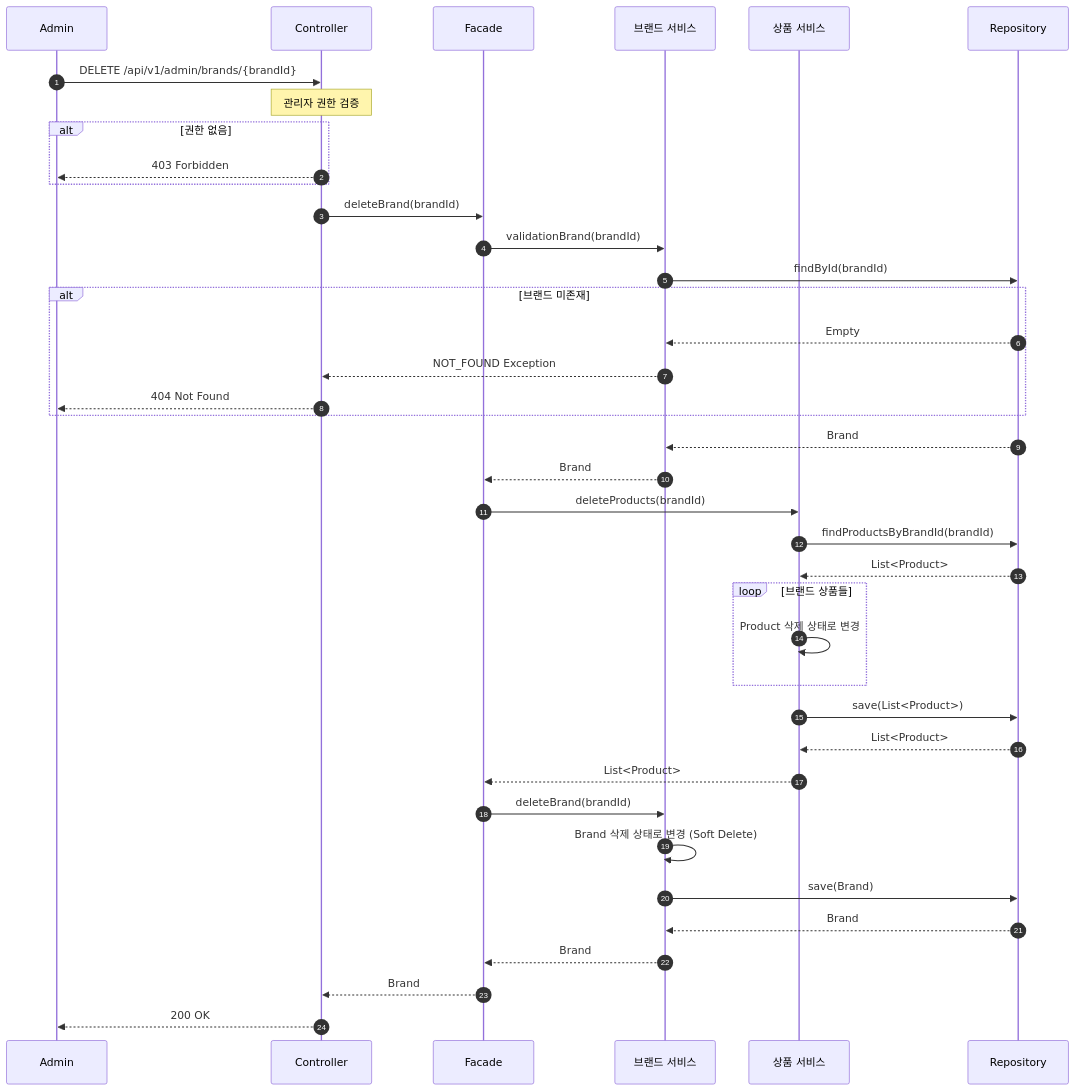
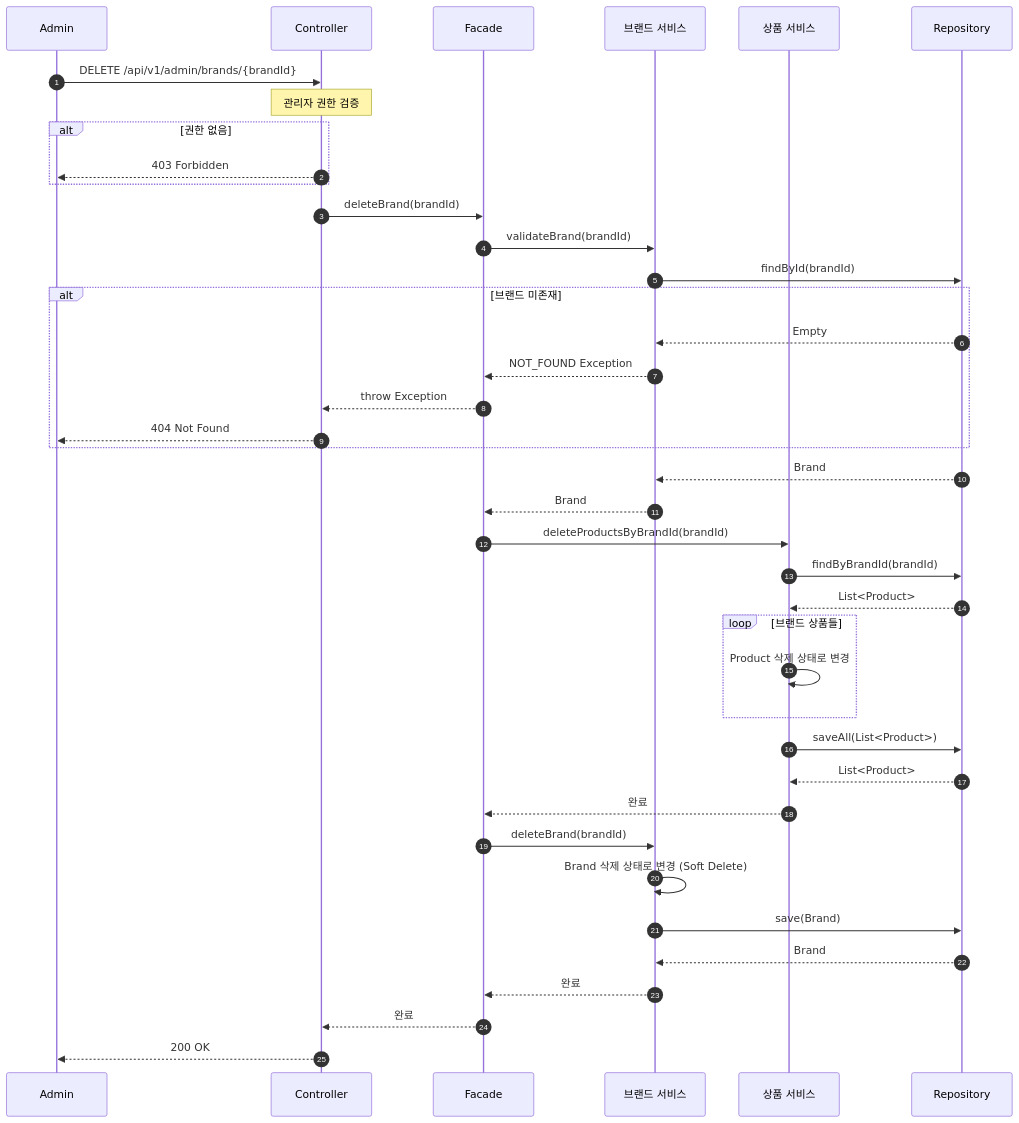
The eighth of 16 diagrams in docs/design/02-sequence-diagram.md (letter333/loop-pack-be-l2-vol3-java), drawn with Mermaid before and after one commit. The commit also changed other lines of this file and 3 other files, not shown here.

````diff
--- a/docs/design/02-sequence-diagram.md
+++ b/docs/design/02-sequence-diagram.md
@@ -268,50 +258,51 @@
 ```mermaid
 sequenceDiagram
     autonumber
     participant Admin
     participant Controller
     participant Facade
     participant BrandService as 브랜드 서비스
     participant ProductService as 상품 서비스
     participant Repository
 
     Admin->>Controller: DELETE /api/v1/admin/brands/{brandId}
     Note over Controller: 관리자 권한 검증
 
     alt 권한 없음
         Controller-->>Admin: 403 Forbidden
     end
 
     Controller->>Facade: deleteBrand(brandId)
-    Facade->>BrandService: validationBrand(brandId)
+    Facade->>BrandService: validateBrand(brandId)
     BrandService->>Repository: findById(brandId)
 
     alt 브랜드 미존재
         Repository-->>BrandService: Empty
-        BrandService-->>Controller: NOT_FOUND Exception
+        BrandService-->>Facade: NOT_FOUND Exception
+        Facade-->>Controller: throw Exception
         Controller-->>Admin: 404 Not Found
     end
 
     Repository-->>BrandService: Brand
     BrandService-->>Facade: Brand
 
-    Facade->>ProductService: deleteProducts(brandId)
-    ProductService->>Repository: findProductsByBrandId(brandId)
+    Facade->>ProductService: deleteProductsByBrandId(brandId)
+    ProductService->>Repository: findByBrandId(brandId)
     Repository-->>ProductService: List<Product>
 
     loop 브랜드 상품들
         ProductService->>ProductService: Product 삭제 상태로 변경
     end
 
-    ProductService->>Repository: save(List<Product>)
+    ProductService->>Repository: saveAll(List<Product>)
     Repository-->>ProductService: List<Product>
-    ProductService-->>Facade: List<Product>
+    ProductService-->>Facade: 완료
 
     Facade->>BrandService: deleteBrand(brandId)
     BrandService->>BrandService: Brand 삭제 상태로 변경 (Soft Delete)
     BrandService->>Repository: save(Brand)
     Repository-->>BrandService: Brand
-    BrandService-->>Facade: Brand
-    Facade-->>Controller: Brand
+    BrandService-->>Facade: 완료
+    Facade-->>Controller: 완료
     Controller-->>Admin: 200 OK
 ```
````
